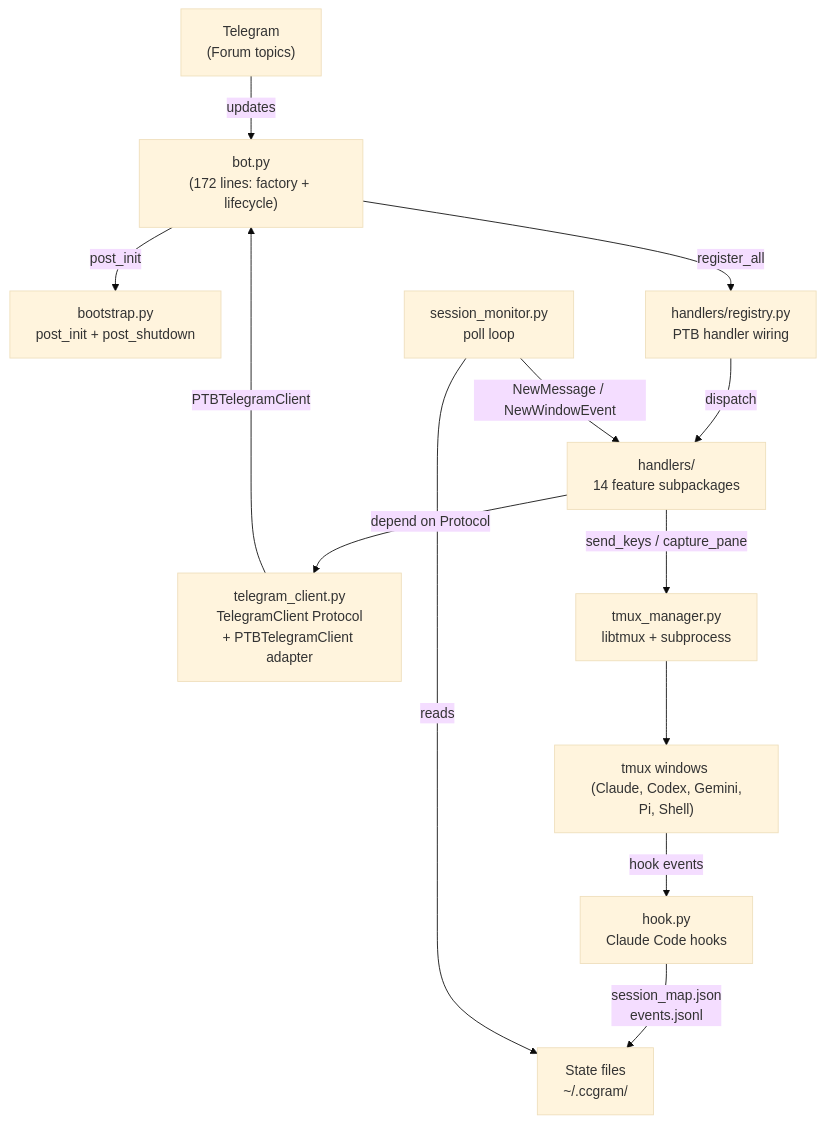
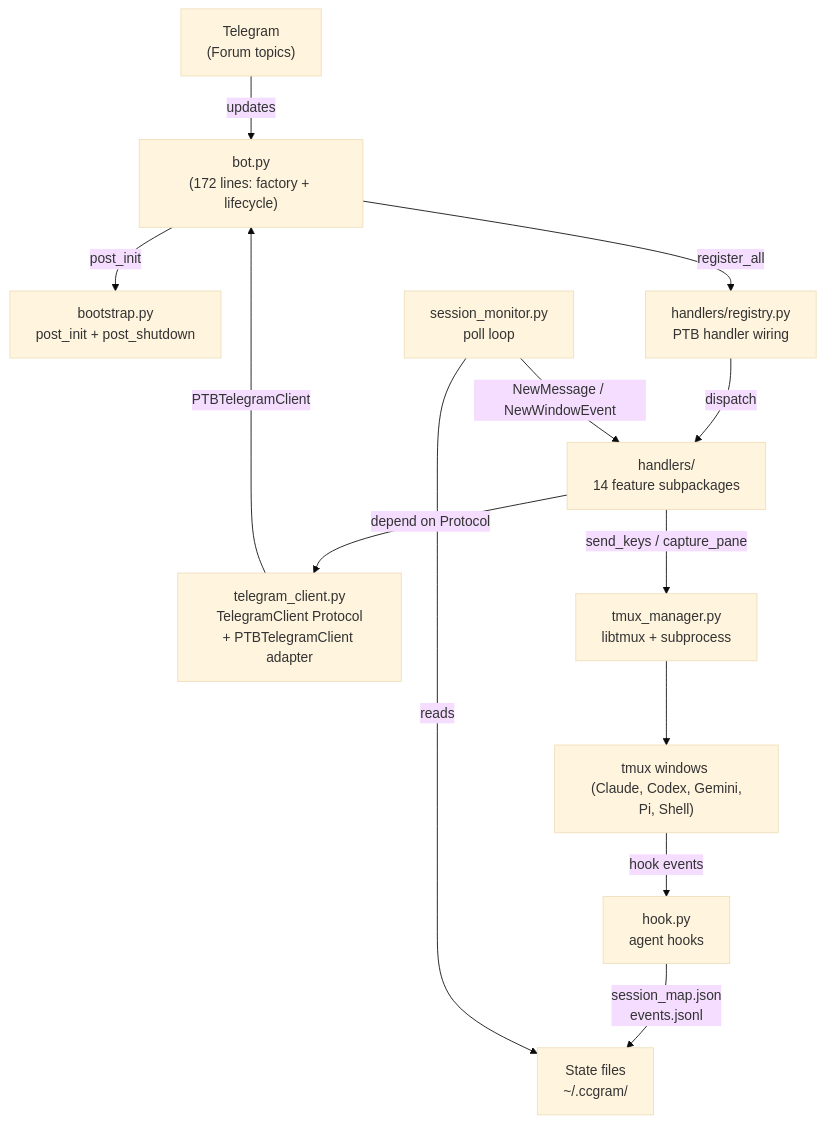
Before and after one commit to legale/ccgram: the first of 10 diagrams in docs/architecture.md, drawn with Mermaid (base theme). The commit also changed other lines of this file and 23 other files, not shown here.

````diff
--- a/docs/architecture.md
+++ b/docs/architecture.md
@@ -9,27 +9,27 @@
 ```mermaid
 graph TB
     Telegram["Telegram<br>(Forum topics)"]
     Bot["bot.py<br>(172 lines: factory + lifecycle)"]
     Bootstrap["bootstrap.py<br>post_init + post_shutdown"]
     Registry["handlers/registry.py<br>PTB handler wiring"]
     TC["telegram_client.py<br>TelegramClient Protocol<br>+ PTBTelegramClient adapter"]
     Handlers["handlers/<br>14 feature subpackages"]
     TmuxMgr["tmux_manager.py <br> libtmux + subprocess"]
     Windows["tmux windows <br> (Claude, Codex, Gemini, Pi, Shell)"]
-    Hook["hook.py<br>Claude Code hooks"]
+    Hook["hook.py<br>agent hooks"]
     Monitor["session_monitor.py<br>poll loop"]
     State["State files<br>~/.ccgram/"]
 
     Telegram -- "updates" --> Bot
     Bot -- "post_init" --> Bootstrap
     Bot -- "register_all" --> Registry
     Registry -- "dispatch" --> Handlers
     Handlers -- "depend on Protocol" --> TC
     TC -- "PTBTelegramClient" --> Bot
     Handlers -- "send_keys / capture_pane" --> TmuxMgr
     TmuxMgr --> Windows
     Windows -- "hook events" --> Hook
     Hook -- "session_map.json<br>events.jsonl" --> State
     Monitor -- "reads" --> State
     Monitor -- "NewMessage / NewWindowEvent" --> Handlers
 ```
````
